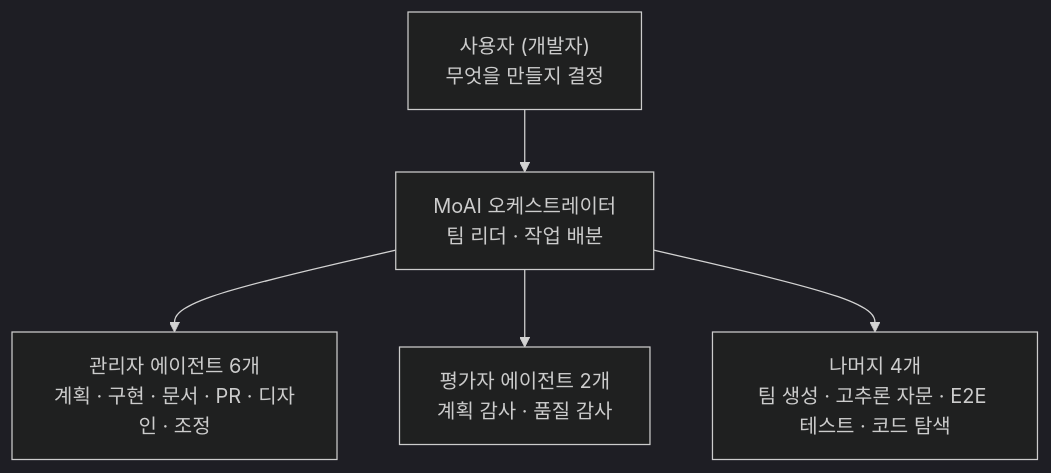
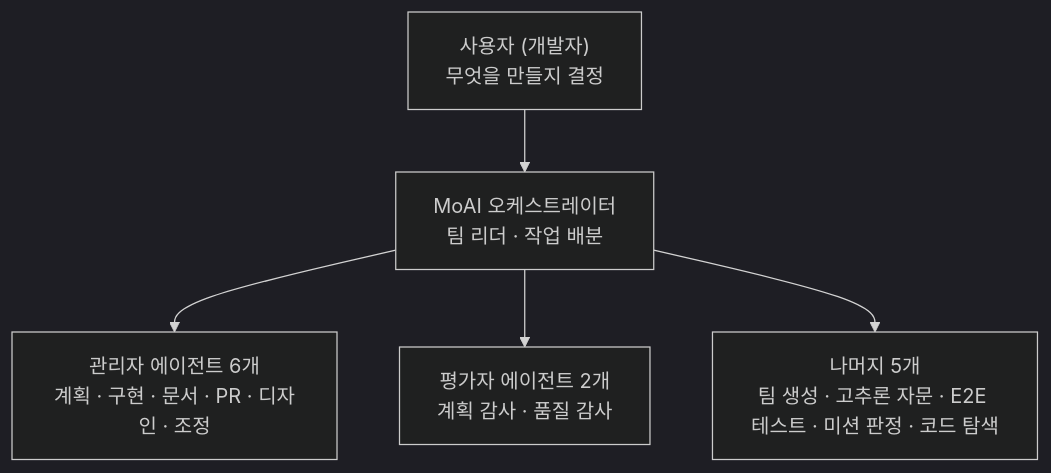
Before and after one commit to modu-ai/moai-adk: the first of 4 diagrams in docs-site/content/ko/advanced/agent-guide.md, drawn with Mermaid (dark theme). The commit also changed other lines of this file and 75 other files, not shown here.

````diff
--- a/docs-site/content/ko/advanced/agent-guide.md
+++ b/docs-site/content/ko/advanced/agent-guide.md
@@ -20,7 +20,7 @@
 ```mermaid
 flowchart TD
     USER["사용자 (개발자)<br>무엇을 만들지 결정"] --> MOAI["MoAI 오케스트레이터<br>팀 리더 · 작업 배분"]
     MOAI --> MGR["관리자 에이전트 6개<br>계획 · 구현 · 문서 · PR · 디자인 · 조정"]
     MOAI --> EVAL["평가자 에이전트 2개<br>계획 감사 · 품질 감사"]
-    MOAI --> ETC["나머지 4개<br>팀 생성 · 고추론 자문 · E2E 테스트 · 코드 탐색"]
+    MOAI --> ETC["나머지 5개<br>팀 생성 · 고추론 자문 · E2E 테스트 · 미션 판정 · 코드 탐색"]
 ```
````
